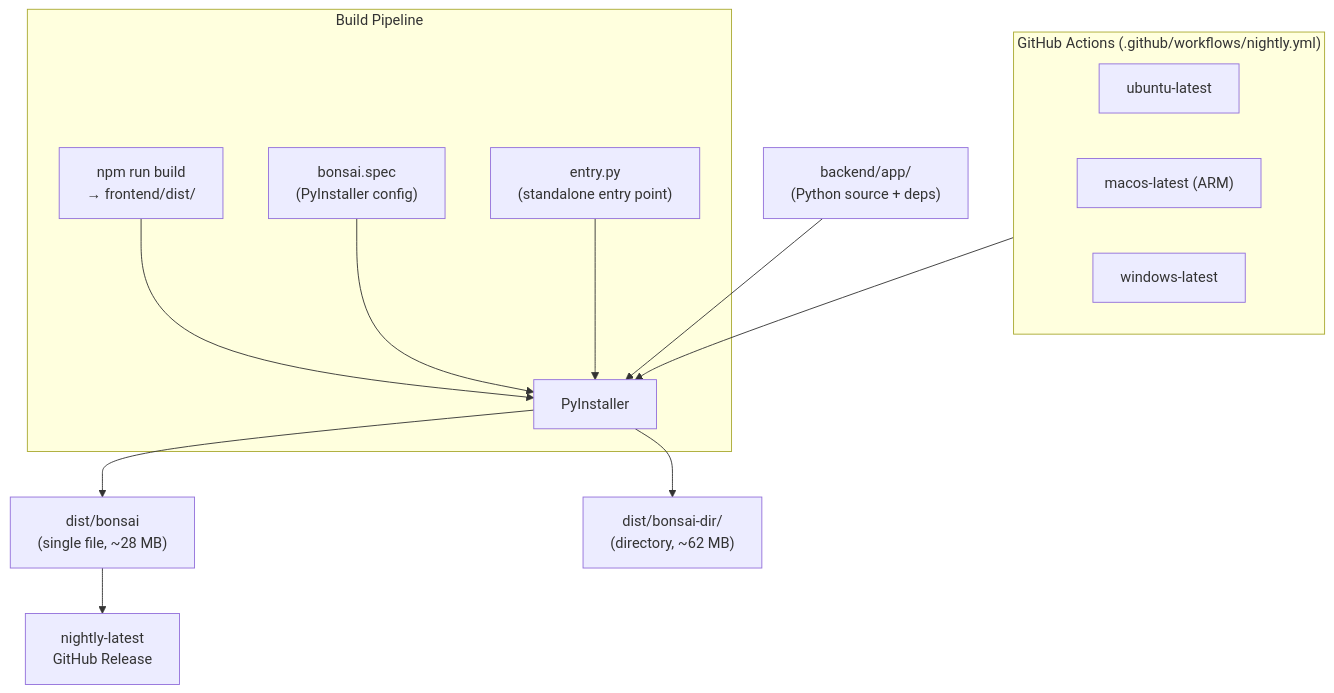
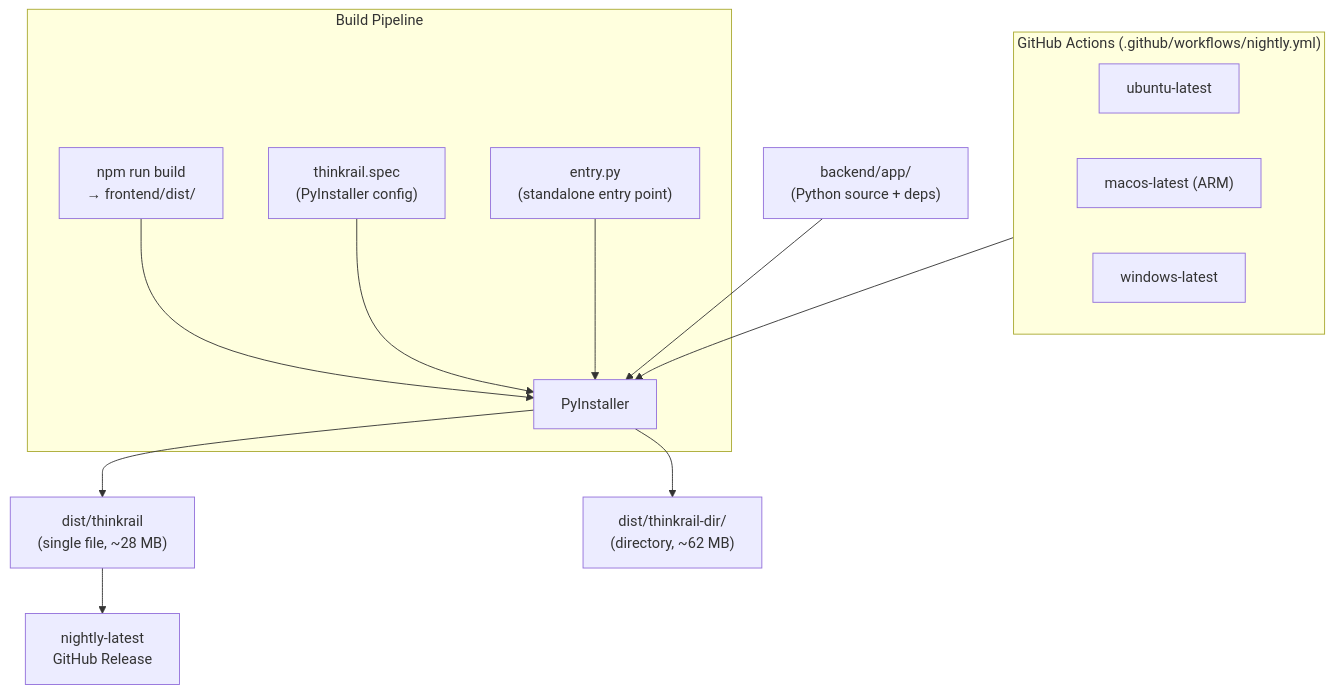
The diagram in packaging/README.md (JetBrains/thinkrail), drawn with Mermaid before and after one commit. The commit also changed other lines of this file and 372 other files, not shown here.

````diff
--- a/packaging/README.md
+++ b/packaging/README.md
@@ -41,26 +41,26 @@
 ```mermaid
 graph TD
     subgraph Build["Build Pipeline"]
         FE["npm run build<br/>→ frontend/dist/"]
-        Spec["bonsai.spec<br/>(PyInstaller config)"]
+        Spec["thinkrail.spec<br/>(PyInstaller config)"]
         Entry["entry.py<br/>(standalone entry point)"]
         PI["PyInstaller"]
     end
 
     FE --> PI
     Spec --> PI
     Entry --> PI
     Backend["backend/app/<br/>(Python source + deps)"] --> PI
 
-    PI --> Onefile["dist/bonsai<br/>(single file, ~28 MB)"]
-    PI --> Onedir["dist/bonsai-dir/<br/>(directory, ~62 MB)"]
+    PI --> Onefile["dist/thinkrail<br/>(single file, ~28 MB)"]
+    PI --> Onedir["dist/thinkrail-dir/<br/>(directory, ~62 MB)"]
 
     subgraph CI["GitHub Actions (.github/workflows/nightly.yml)"]
         Linux["ubuntu-latest"]
         Mac["macos-latest (ARM)"]
         Win["windows-latest"]
     end
 
     CI --> PI
     Onefile --> Release["nightly-latest<br/>GitHub Release"]
 ```
````
